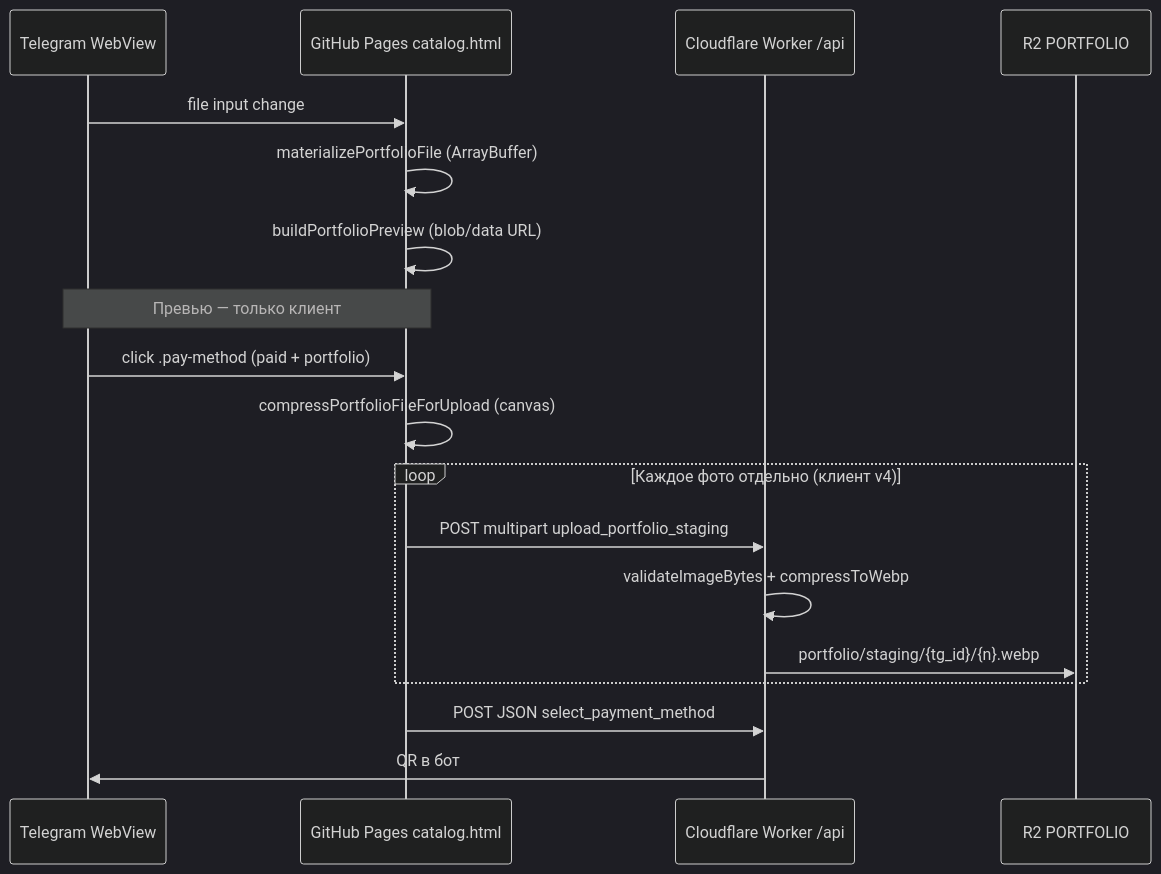
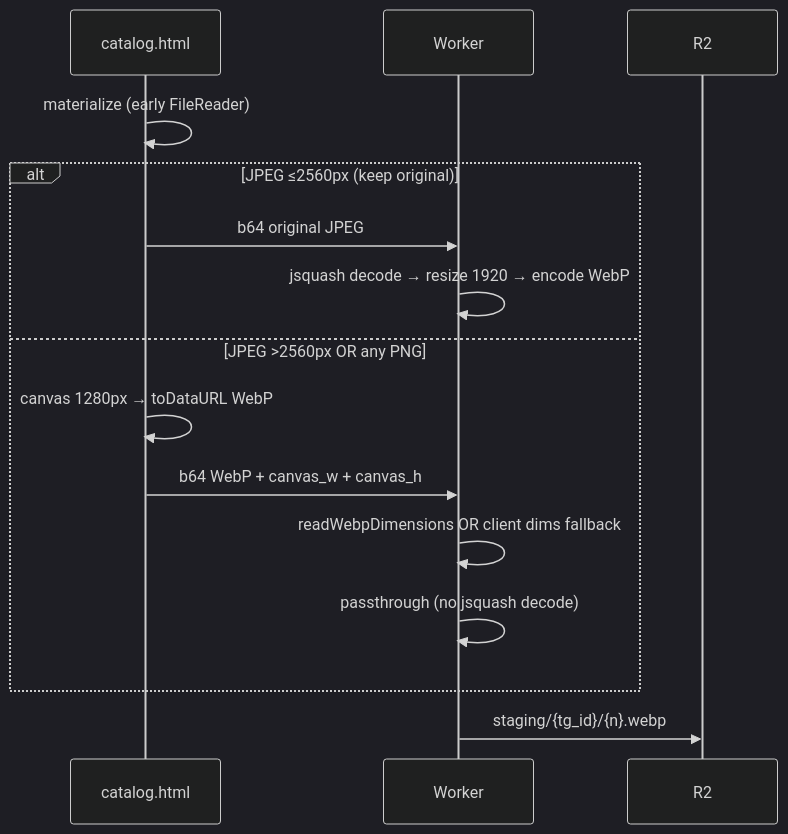
Before and after one commit to spaguet/networking_nhatrang: the diagram in portfolio_upload_debug.md, drawn with Mermaid (dark theme). The commit also changed other lines of this file and 1 other file, not shown here.

First line of the commit message:
Route all portfolio uploads through canvas WebP (v89).

````diff
--- a/portfolio_upload_debug.md
+++ b/portfolio_upload_debug.md
@@ -70,22 +95,19 @@
 ```mermaid
 sequenceDiagram
-  participant User as Telegram WebView
-  participant GH as GitHub Pages catalog.html
-  participant CF as Cloudflare Worker /api
-  participant R2 as R2 PORTFOLIO
+  participant GH as catalog.html
+  participant CF as Worker
+  participant R2 as R2
 
-  User->>GH: file input change
-  GH->>GH: materializePortfolioFile (ArrayBuffer)
-  GH->>GH: buildPortfolioPreview (blob/data URL)
-  Note over User,GH: Превью — только клиент
+  GH->>GH: materialize (early FileReader)
 
-  User->>GH: click .pay-method (paid + portfolio)
-  GH->>GH: compressPortfolioFileForUpload (canvas)
-  loop Каждое фото отдельно (клиент v4)
-    GH->>CF: POST multipart upload_portfolio_staging
-    CF->>CF: validateImageBytes + compressToWebp
-    CF->>R2: portfolio/staging/{tg_id}/{n}.webp
+  alt JPEG ≤2560px (keep original)
+    GH->>CF: b64 original JPEG
+    CF->>CF: jsquash decode → resize 1920 → encode WebP
+  else JPEG >2560px OR any PNG
+    GH->>GH: canvas 1280px → toDataURL WebP
+    GH->>CF: b64 WebP + canvas_w + canvas_h
+    CF->>CF: readWebpDimensions OR client dims fallback
+    CF->>CF: passthrough (no jsquash decode)
   end
-  GH->>CF: POST JSON select_payment_method
-  CF->>User: QR в бот
+  CF->>R2: staging/{tg_id}/{n}.webp
 ```
````
